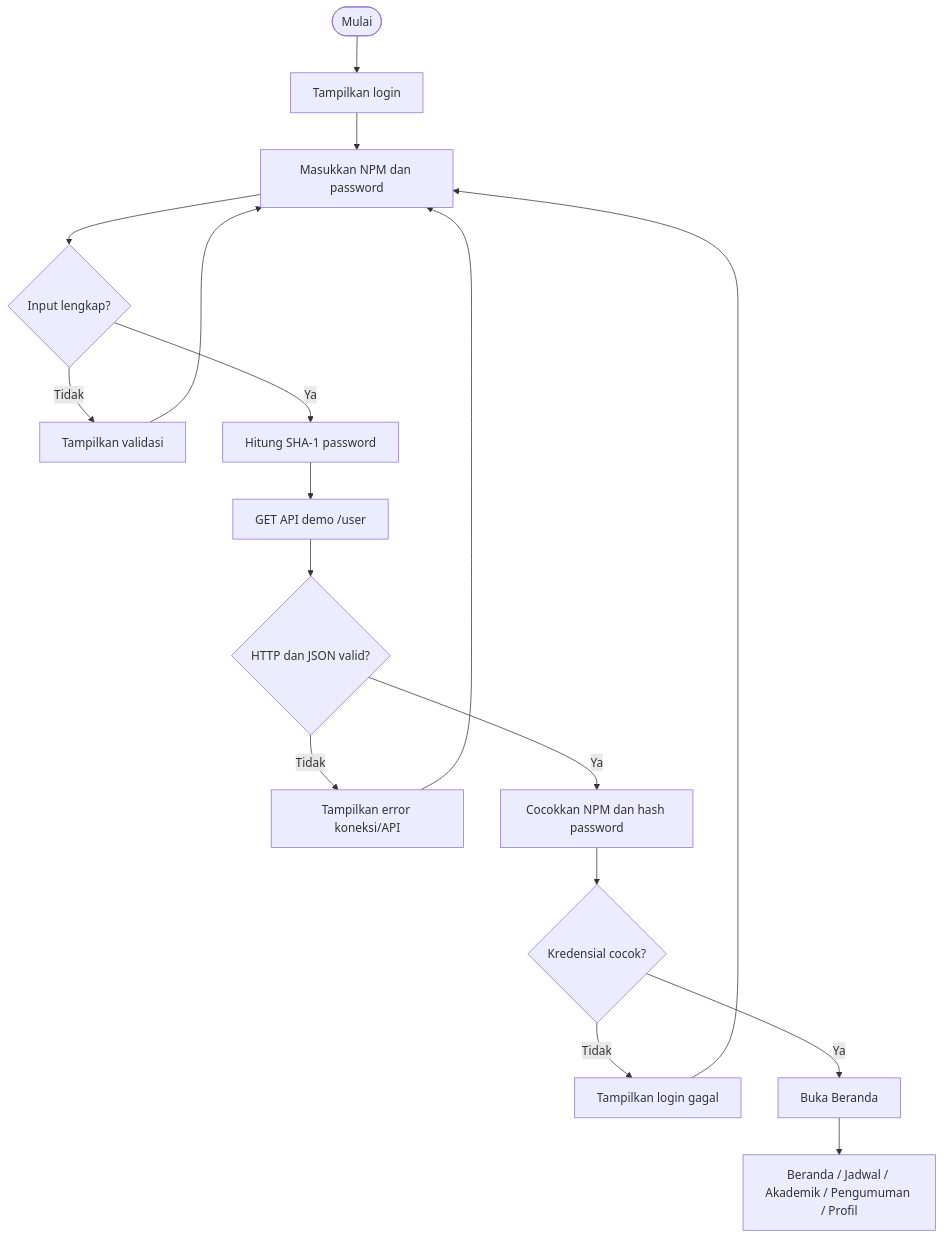
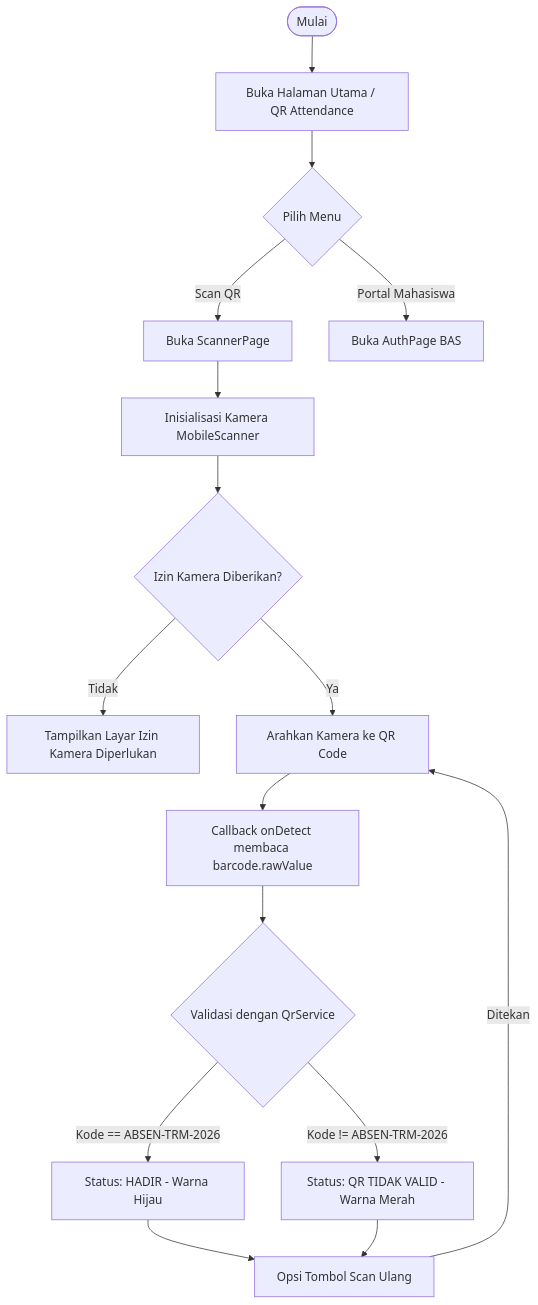
Before and after one commit to luluzahirah/bas-Lulu: the diagram in WORKFLOW.md, drawn with Mermaid. The commit also changed other lines of this file and 20 other files, not shown here.

````diff
--- a/WORKFLOW.md
+++ b/WORKFLOW.md
@@ -48,19 +41,18 @@
 ```mermaid
 flowchart TD
-    A([Mulai]) --> B[Tampilkan login]
-    B --> C[Masukkan NPM dan password]
-    C --> D{Input lengkap?}
-    D -- Tidak --> E[Tampilkan validasi]
-    E --> C
-    D -- Ya --> F[Hitung SHA-1 password]
-    F --> G[GET API demo /user]
-    G --> H{HTTP dan JSON valid?}
-    H -- Tidak --> I[Tampilkan error koneksi/API]
-    I --> C
-    H -- Ya --> J[Cocokkan NPM dan hash password]
-    J --> K{Kredensial cocok?}
-    K -- Tidak --> L[Tampilkan login gagal]
-    L --> C
-    K -- Ya --> M[Buka Beranda]
-    M --> N[Beranda / Jadwal / Akademik / Pengumuman / Profil]
+    A([Mulai]) --> B[Buka Halaman Utama / QR Attendance]
+    B --> C{Pilih Menu}
+    C -- Scan QR --> D[Buka ScannerPage]
+    C -- Portal Mahasiswa --> M[Buka AuthPage BAS]
+    D --> E[Inisialisasi Kamera MobileScanner]
+    E --> F{Izin Kamera Diberikan?}
+    F -- Tidak --> G[Tampilkan Layar Izin Kamera Diperlukan]
+    F -- Ya --> H[Arahkan Kamera ke QR Code]
+    H --> I[Callback onDetect membaca barcode.rawValue]
+    I --> J{Validasi dengan QrService}
+    J -- Kode == ABSEN-TRM-2026 --> K[Status: HADIR - Warna Hijau]
+    J -- Kode != ABSEN-TRM-2026 --> L[Status: QR TIDAK VALID - Warna Merah]
+    K --> N[Opsi Tombol Scan Ulang]
+    L --> N
+    N -- Ditekan --> H
 ```
````
